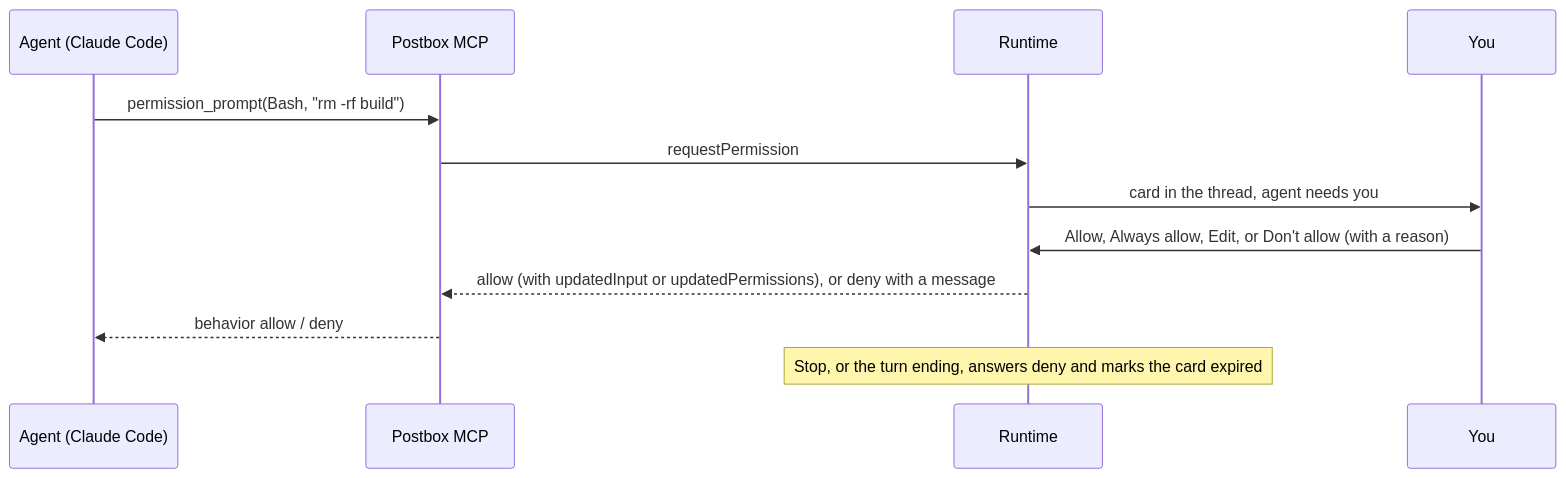
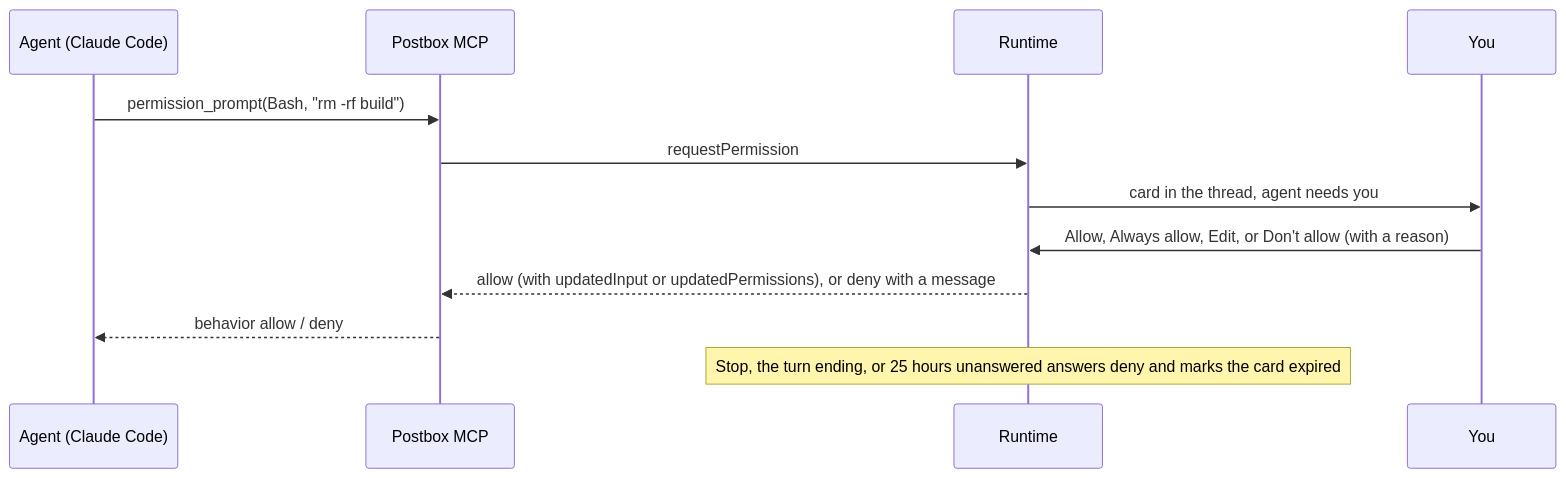
One commit to HJeon139/postbox changed the third of 8 diagrams in designs/architecture.md. Above: the diagram before and after it, drawn with Mermaid. The commit also changed other lines of this file and 16 other files, not shown here.

First line of the commit message:
fix(permissions): offer permission_prompt only to the CLI, and expire a card at 25 hours

````diff
--- a/designs/architecture.md
+++ b/designs/architecture.md
@@ -163,14 +163,14 @@
 ```mermaid
 sequenceDiagram
   participant A as Agent (Claude Code)
   participant M as Postbox MCP
   participant R as Runtime
   participant Y as You
   A->>M: permission_prompt(Bash, "rm -rf build")
   M->>R: requestPermission
   R->>Y: card in the thread, agent needs you
   Y->>R: Allow, Always allow, Edit, or Don't allow (with a reason)
   R-->>M: allow (with updatedInput or updatedPermissions), or deny with a message
   M-->>A: behavior allow / deny
-  Note over R: Stop, or the turn ending, answers deny and marks the card expired
+  Note over R: Stop, the turn ending, or 25 hours unanswered answers deny and marks the card expired
 ```
````
